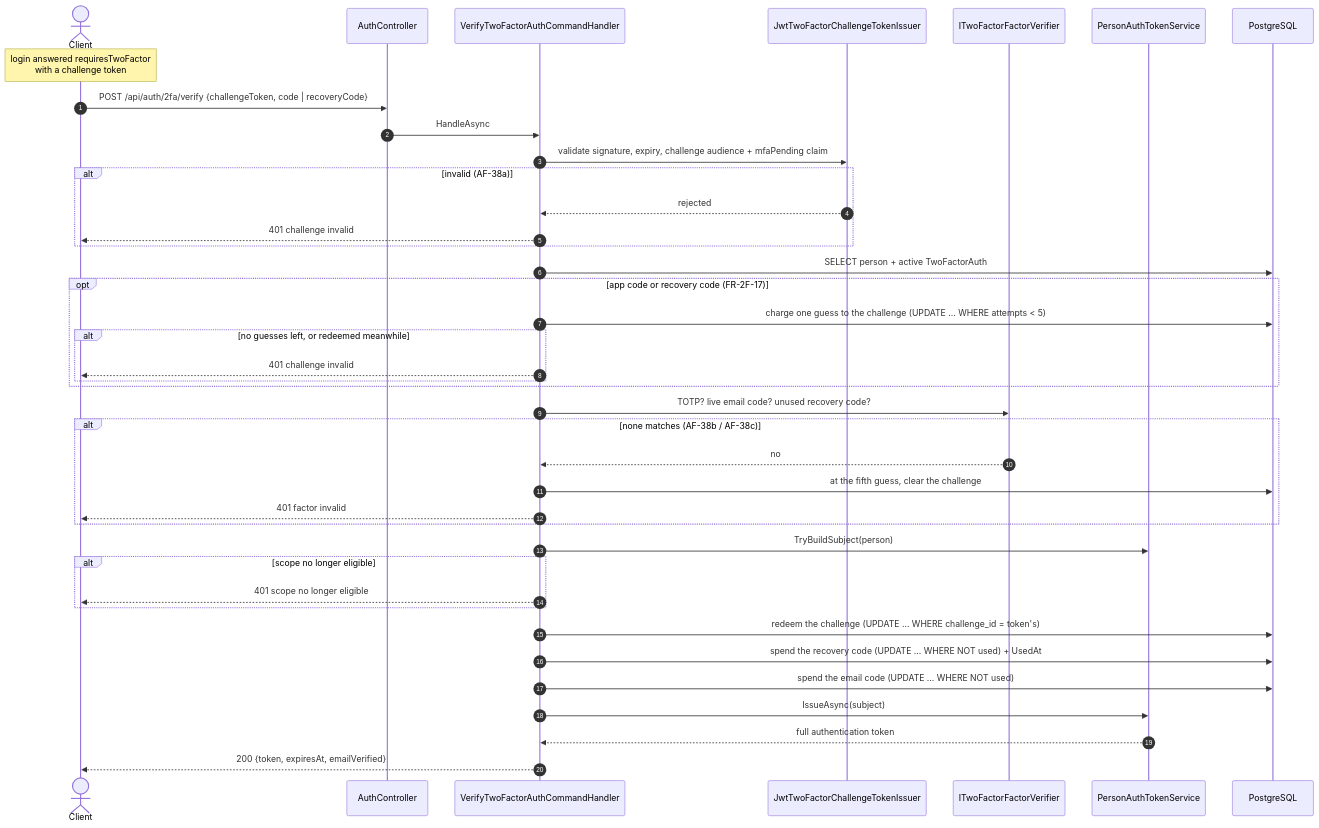
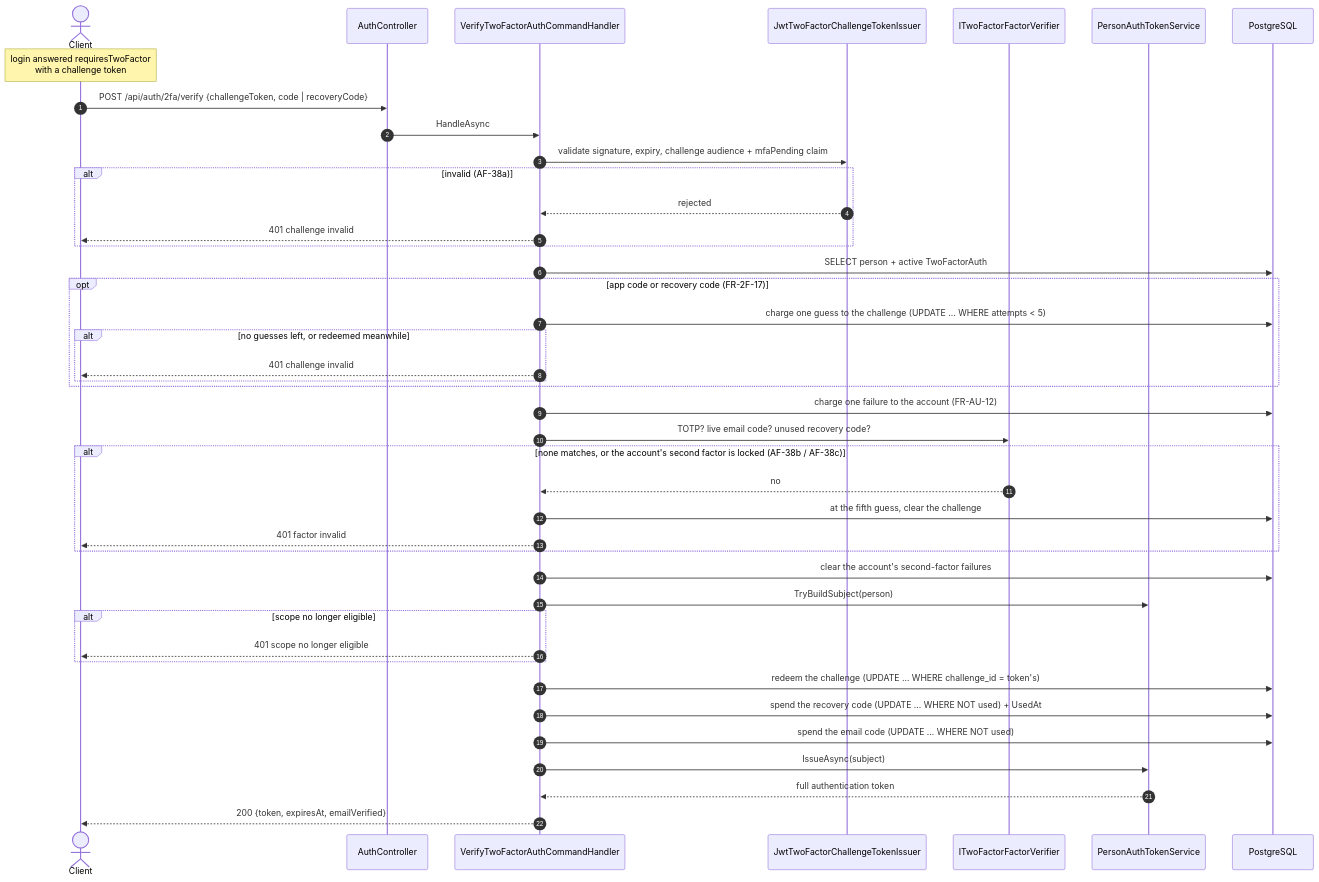
One commit to artur-rios/heimdall-api changed the third of 3 diagrams in docs/content/en/docs/flows/two-factor.md. Above: the diagram before and after it, drawn with Mermaid. The commit also changed other lines of this file and 11 other files, not shown here.

First line of the commit message:
docs: describe the per-account factor budgets

````diff
--- a/docs/content/en/docs/flows/two-factor.md
+++ b/docs/content/en/docs/flows/two-factor.md
@@ -100,47 +102,49 @@
 ```mermaid
 sequenceDiagram
     autonumber
     actor C as Client
     participant AC as AuthController
     participant VH as VerifyTwoFactorAuthCommandHandler
     participant CT as JwtTwoFactorChallengeTokenIssuer
     participant FV as ITwoFactorFactorVerifier
     participant TS as PersonAuthTokenService
     participant DB as PostgreSQL
 
     Note over C: login answered requiresTwoFactor<br/>with a challenge token
     C->>AC: POST /api/auth/2fa/verify {challengeToken, code | recoveryCode}
     AC->>VH: HandleAsync
 
     VH->>CT: validate signature, expiry, challenge audience + mfaPending claim
     alt invalid (AF-38a)
         CT-->>VH: rejected
         VH-->>C: 401 challenge invalid
     end
 
     VH->>DB: SELECT person + active TwoFactorAuth
     opt app code or recovery code (FR-2F-17)
         VH->>DB: charge one guess to the challenge (UPDATE … WHERE attempts < 5)
         alt no guesses left, or redeemed meanwhile
             VH-->>C: 401 challenge invalid
         end
     end
+    VH->>DB: charge one failure to the account (FR-AU-12)
     VH->>FV: TOTP? live email code? unused recovery code?
-    alt none matches (AF-38b / AF-38c)
+    alt none matches, or the account's second factor is locked (AF-38b / AF-38c)
         FV-->>VH: no
         VH->>DB: at the fifth guess, clear the challenge
         VH-->>C: 401 factor invalid
     end
 
+    VH->>DB: clear the account's second-factor failures
     VH->>TS: TryBuildSubject(person)
     alt scope no longer eligible
         VH-->>C: 401 scope no longer eligible
     end
 
     VH->>DB: redeem the challenge (UPDATE … WHERE challenge_id = token's)
     VH->>DB: spend the recovery code (UPDATE … WHERE NOT used) + UsedAt
     VH->>DB: spend the email code (UPDATE … WHERE NOT used)
     VH->>TS: IssueAsync(subject)
     TS-->>VH: full authentication token
     VH-->>C: 200 {token, expiresAt, emailVerified}
 ```
````
